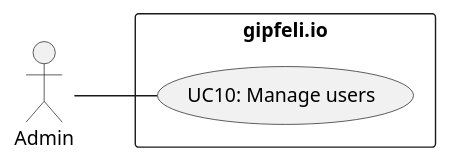
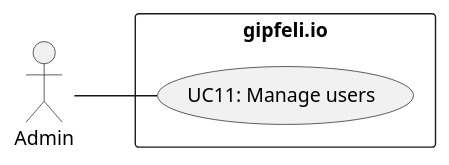
Before and after one commit to gipfeli-io/documentation: the third of 3 diagrams in docs/design/use-cases.md, drawn with PlantUML. The commit also changed other lines of this file, not shown here.

````diff
--- a/docs/design/use-cases.md
+++ b/docs/design/use-cases.md
@@ -215,10 +215,10 @@
 ```plantuml Admin
 @startuml
 left to right direction
 actor "Admin" as a
 rectangle gipfeli.io {
-  usecase "UC10: Manage users" as UC10
+  usecase "UC11: Manage users" as UC11
 }
-a -- UC10
+a -- UC11
 @enduml
 ```
````
